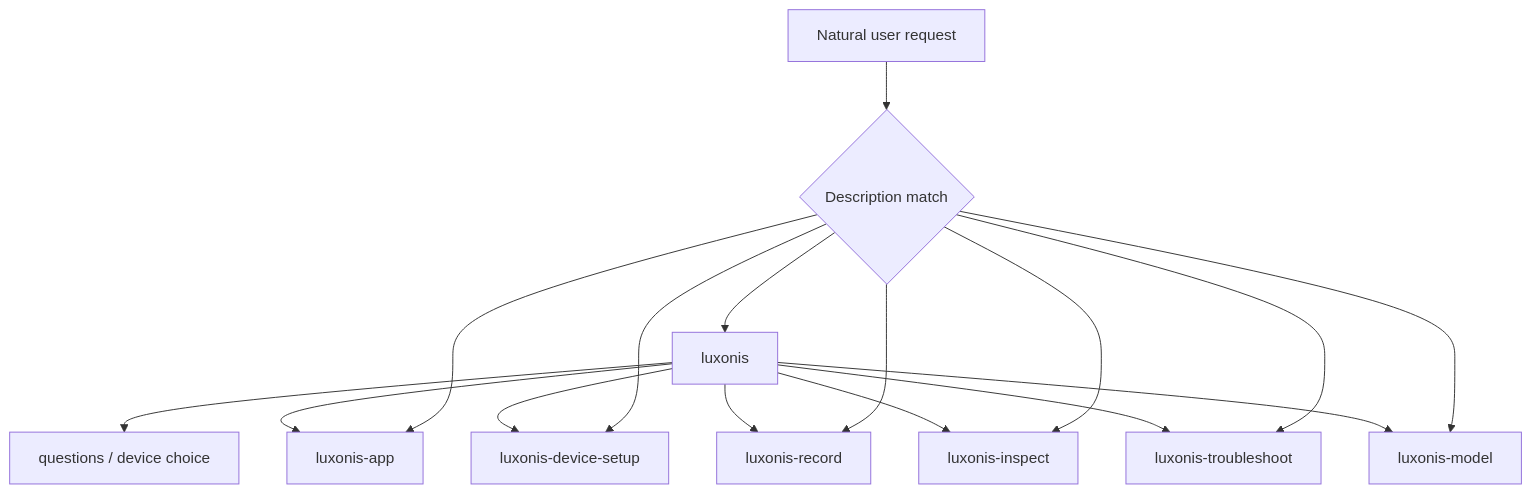
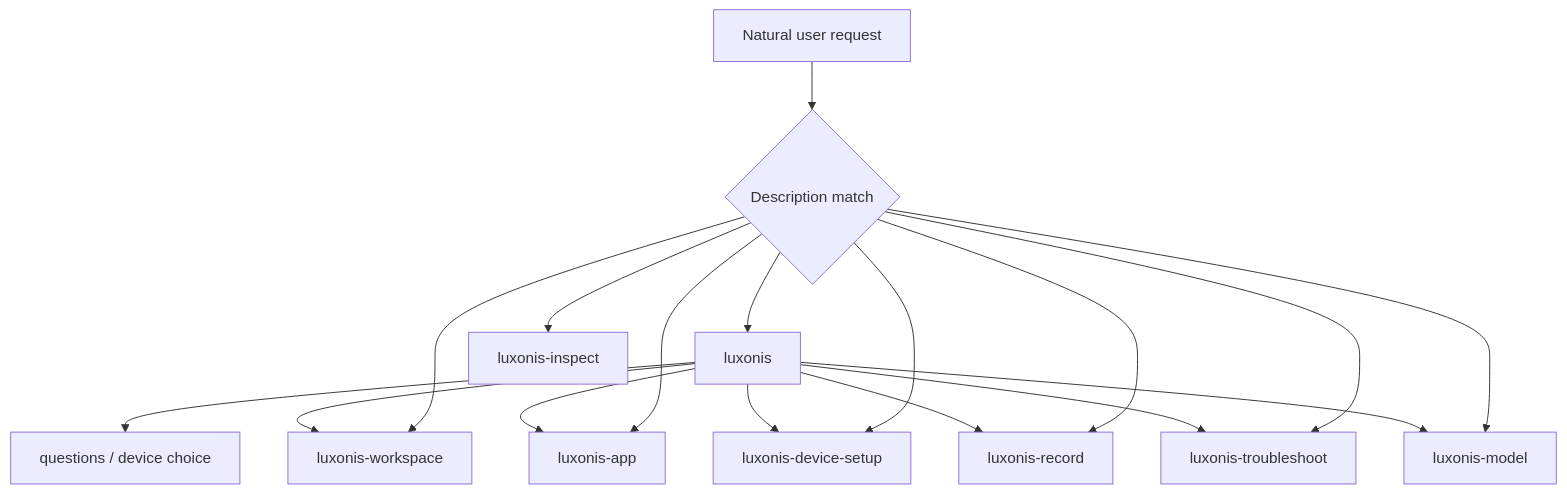
The diagram in docs/architecture.md (luxonis/skills), drawn with Mermaid before and after one commit. The commit also changed other lines of this file and 28 other files, not shown here.

````diff
--- a/docs/architecture.md
+++ b/docs/architecture.md
@@ -14,18 +17,19 @@
 ```mermaid
 flowchart TD
     U["Natural user request"] --> S{"Description match"}
     S --> L["luxonis"]
+    S --> W["luxonis-workspace"]
     S --> A["luxonis-app"]
     S --> D["luxonis-device-setup"]
     S --> R["luxonis-record"]
     S --> X["luxonis-inspect"]
     S --> T["luxonis-troubleshoot"]
     S --> M["luxonis-model"]
     L --> Q["questions / device choice"]
+    L --> W
     L --> A
     L --> D
     L --> R
-    L --> X
     L --> T
     L --> M
 ```
````
